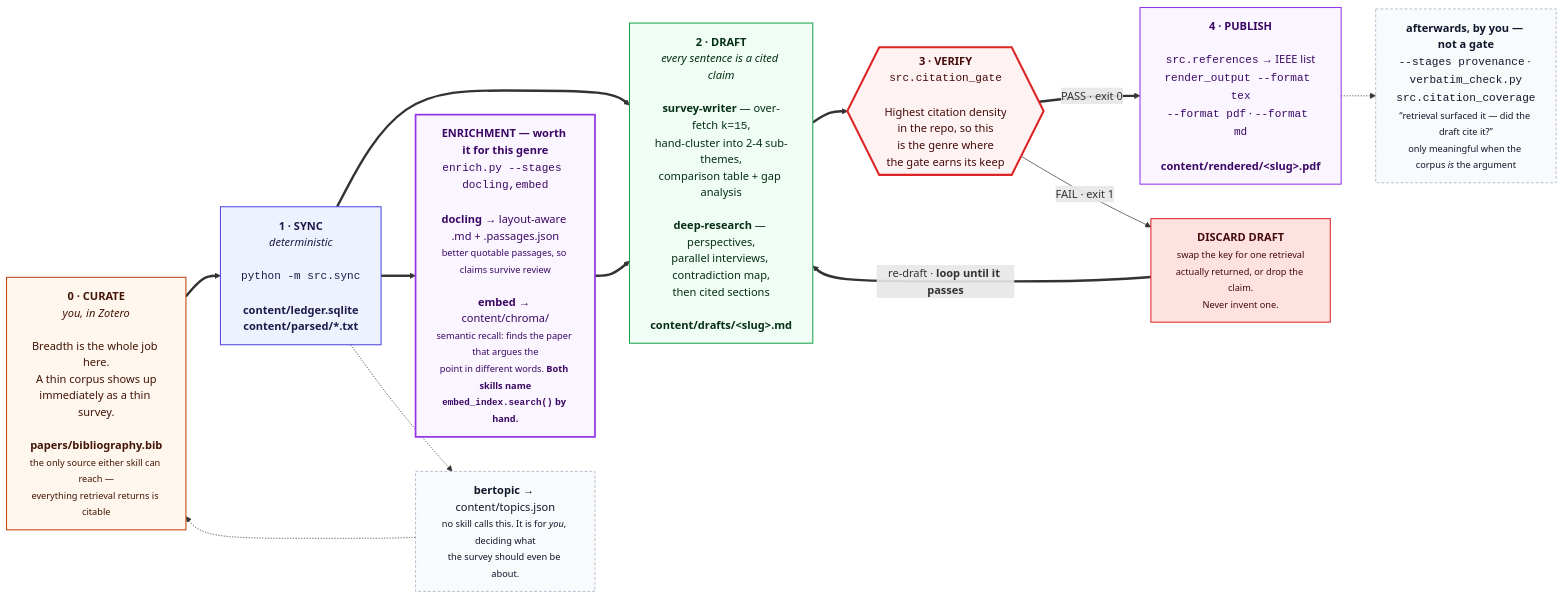
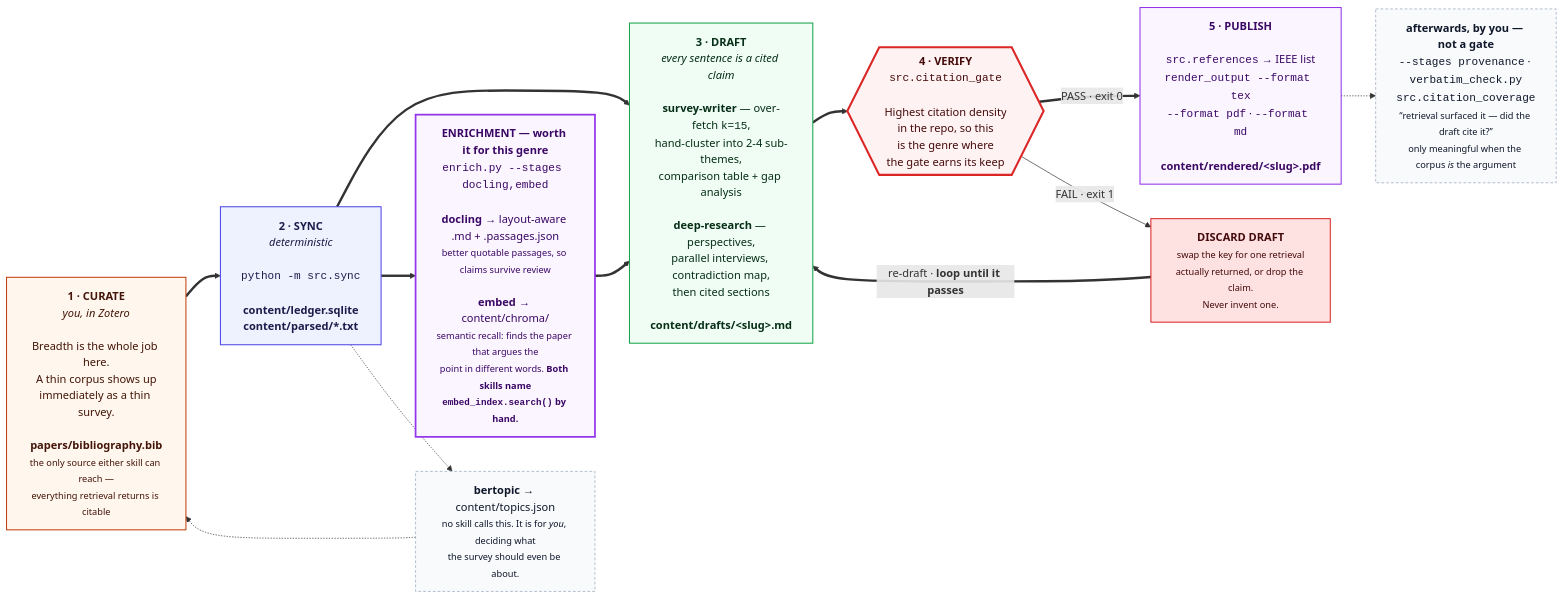
One commit to prasadtalasila/chitragupta changed the seventh of 11 diagrams in docs/DIAGRAMS.md. Above: the diagram before and after it, drawn with Mermaid. The commit also changed other lines of this file and 11 other files, not shown here.

````diff
--- a/docs/DIAGRAMS.md
+++ b/docs/DIAGRAMS.md
@@ -631,47 +631,47 @@
 ```mermaid
 flowchart LR
 
-  P0["<b>0 · CURATE</b><br/><i>you, in Zotero</i><br/><br/>Breadth is the whole job here.<br/>A thin corpus shows up<br/>immediately as a thin survey.<br/><br/><b>papers/bibliography.bib</b><br/><small>the only source either skill can reach —<br/>everything retrieval returns is citable</small>"]
+  P0["<b>1 · CURATE</b><br/><i>you, in Zotero</i><br/><br/>Breadth is the whole job here.<br/>A thin corpus shows up<br/>immediately as a thin survey.<br/><br/><b>papers/bibliography.bib</b><br/><small>the only source either skill can reach —<br/>everything retrieval returns is citable</small>"]
 
-  P1["<b>1 · SYNC</b><br/><i>deterministic</i><br/><br/><code>python -m src.sync</code><br/><br/><b>content/ledger.sqlite</b><br/><b>content/parsed/*.txt</b>"]
+  P1["<b>2 · SYNC</b><br/><i>deterministic</i><br/><br/><code>python -m src.sync</code><br/><br/><b>content/ledger.sqlite</b><br/><b>content/parsed/*.txt</b>"]
 
   HEAVY["<b>ENRICHMENT — worth it for this genre</b><br/><code>enrich.py --stages docling,embed</code><br/><br/><b>docling</b> → layout-aware .md + .passages.json<br/><small>better quotable passages, so claims survive review</small><br/><br/><b>embed</b> → content/chroma/<br/><small>semantic recall: finds the paper that argues the<br/>point in different words. <b>Both skills name<br/><code>embed_index.search()</code> by hand.</b></small>"]
 
-  P2["<b>2 · DRAFT</b><br/><i>every sentence is a cited claim</i><br/><br/><b>survey-writer</b> — over-fetch <code>k=15</code>,<br/>hand-cluster into 2-4 sub-themes,<br/>comparison table + gap analysis<br/><br/><b>deep-research</b> — perspectives,<br/>parallel interviews, contradiction map,<br/>then cited sections<br/><br/><b>content/drafts/&lt;slug&gt;.md</b>"]
+  P2["<b>3 · DRAFT</b><br/><i>every sentence is a cited claim</i><br/><br/><b>survey-writer</b> — over-fetch <code>k=15</code>,<br/>hand-cluster into 2-4 sub-themes,<br/>comparison table + gap analysis<br/><br/><b>deep-research</b> — perspectives,<br/>parallel interviews, contradiction map,<br/>then cited sections<br/><br/><b>content/drafts/&lt;slug&gt;.md</b>"]
 
-  P3{{"<b>3 · VERIFY</b><br/><code>src.citation_gate</code><br/><br/>Highest citation density<br/>in the repo, so this<br/>is the genre where<br/>the gate earns its keep"}}
+  P3{{"<b>4 · VERIFY</b><br/><code>src.citation_gate</code><br/><br/>Highest citation density<br/>in the repo, so this<br/>is the genre where<br/>the gate earns its keep"}}
 
   FIX["<b>DISCARD DRAFT</b><br/><small>swap the key for one retrieval<br/>actually returned, or drop the claim.<br/>Never invent one.</small>"]
 
-  P4["<b>4 · PUBLISH</b><br/><br/><code>src.references</code> → IEEE list<br/><code>render_output --format tex</code><br/><code>--format pdf</code> · <code>--format md</code><br/><br/><b>content/rendered/&lt;slug&gt;.pdf</b>"]
+  P4["<b>5 · PUBLISH</b><br/><br/><code>src.references</code> → IEEE list<br/><code>render_output --format tex</code><br/><code>--format pdf</code> · <code>--format md</code><br/><br/><b>content/rendered/&lt;slug&gt;.pdf</b>"]
 
   AID["<b>afterwards, by you — not a gate</b><br/><code>--stages provenance</code> · <code>verbatim_check.py</code><br/><code>src.citation_coverage</code><br/><small>“retrieval surfaced it — did the draft cite it?”<br/>only meaningful when the corpus <i>is</i> the argument</small>"]
 
   BERT["<b>bertopic</b> → content/topics.json<br/><small>no skill calls this. It is for <i>you</i>, deciding what<br/>the survey should even be about.</small>"]
 
   P0 ==> P1 ==> P2 ==> P3
   P1 ==> HEAVY ==> P2
   P3 == "PASS · exit 0" ==> P4
   P3 -- "FAIL · exit 1" --> FIX
   FIX == "re-draft · <b>loop until it passes</b>" ==> P2
   P4 -.-> AID
   P1 -.-> BERT -.-> P0
 
   classDef you fill:#fff7ed,stroke:#c2410c,stroke-width:1.5px,color:#431407
   classDef det fill:#eef2ff,stroke:#4f46e5,stroke-width:1.5px,color:#1e1b4b
   classDef gen fill:#f0fdf4,stroke:#16a34a,stroke-width:1.5px,color:#052e16
   classDef gate fill:#fef2f2,stroke:#dc2626,stroke-width:3px,color:#450a0a
   classDef out fill:#faf5ff,stroke:#9333ea,stroke-width:1.5px,color:#3b0764
   classDef bad fill:#fee2e2,stroke:#dc2626,stroke-width:1.5px,color:#450a0a
   classDef heavy fill:#faf5ff,stroke:#9333ea,stroke-width:2.5px,color:#3b0764
   classDef aid fill:#f8fafc,stroke:#94a3b8,stroke-dasharray:4 3,color:#0f172a
 
   class P0 you
   class P1 det
   class P2 gen
   class P3 gate
   class P4 out
   class FIX bad
   class HEAVY heavy
   class AID,BERT aid
 ```
````
